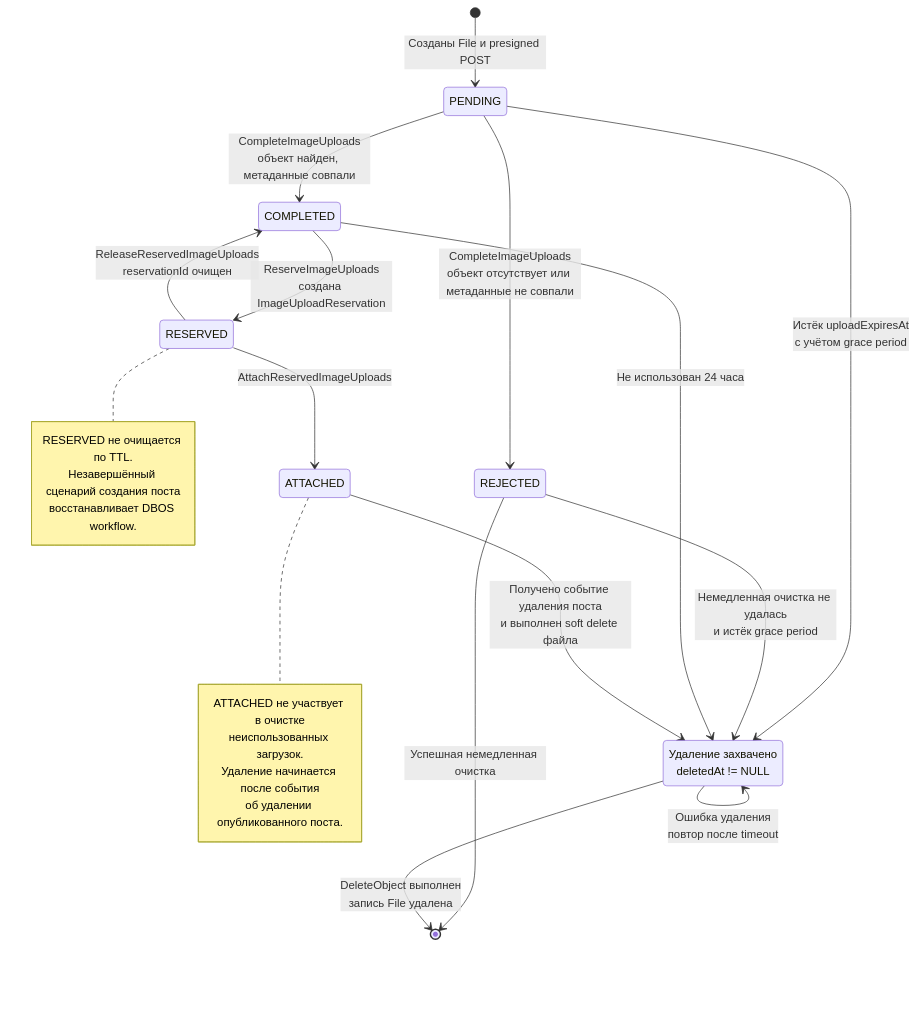
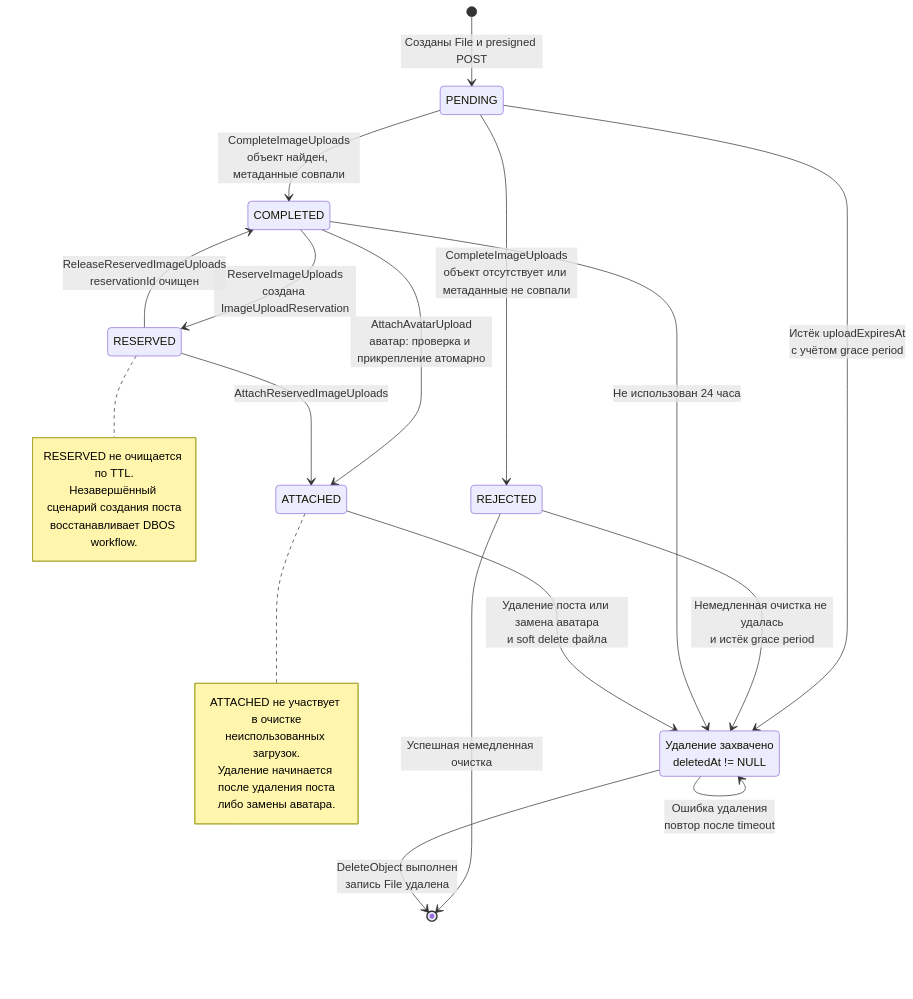
One commit to Inctargam/remarkgram-backend changed the third of 3 diagrams in docs/architecture/image-upload-lifecycle.md. Above: the diagram before and after it, drawn with Mermaid. The commit also changed other lines of this file and 1 other file, not shown here.

Commit message:
docs(avatar): describe lifecycle and workflow recovery

````diff
--- a/docs/architecture/image-upload-lifecycle.md
+++ b/docs/architecture/image-upload-lifecycle.md
@@ -193,35 +195,36 @@
 ```mermaid
 stateDiagram-v2
     [*] --> PENDING: Созданы File и presigned POST
 
     PENDING --> COMPLETED: CompleteImageUploads<br/>объект найден, метаданные совпали
     PENDING --> REJECTED: CompleteImageUploads<br/>объект отсутствует или метаданные не совпали
 
+    COMPLETED --> ATTACHED: AttachAvatarUpload<br/>аватар: проверка и прикрепление атомарно
     COMPLETED --> RESERVED: ReserveImageUploads<br/>создана ImageUploadReservation
     RESERVED --> ATTACHED: AttachReservedImageUploads
     RESERVED --> COMPLETED: ReleaseReservedImageUploads<br/>reservationId очищен
 
     state "Удаление захвачено<br/>deletedAt != NULL" as DELETION_CLAIMED
 
     PENDING --> DELETION_CLAIMED: Истёк uploadExpiresAt<br/>с учётом grace period
     REJECTED --> [*]: Успешная немедленная очистка
     REJECTED --> DELETION_CLAIMED: Немедленная очистка не удалась<br/>и истёк grace period
     COMPLETED --> DELETION_CLAIMED: Не использован 24 часа
-    ATTACHED --> DELETION_CLAIMED: Получено событие удаления поста<br/>и выполнен soft delete файла
+    ATTACHED --> DELETION_CLAIMED: Удаление поста или замена аватара<br/>и soft delete файла
 
     DELETION_CLAIMED --> [*]: DeleteObject выполнен<br/>запись File удалена
     DELETION_CLAIMED --> DELETION_CLAIMED: Ошибка удаления<br/>повтор после timeout
 
     note right of RESERVED
         RESERVED не очищается по TTL.
         Незавершённый сценарий создания поста
         восстанавливает DBOS workflow.
     end note
 
     note right of ATTACHED
         ATTACHED не участвует в очистке
         неиспользованных загрузок.
-        Удаление начинается после события
-        об удалении опубликованного поста.
+        Удаление начинается после удаления поста
+        либо замены аватара.
     end note
 ```
````
